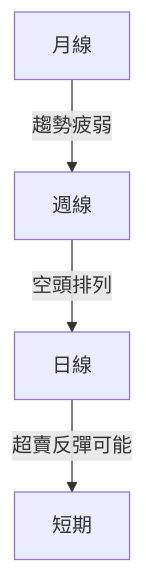
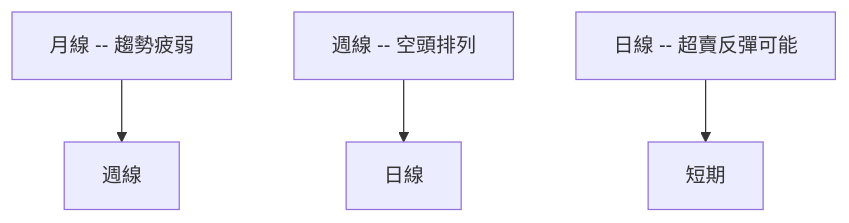
One commit to yennanliu/finance_data changed the second of 10 diagrams in ai_gen_report/stock/grab/technical_analysis_2026-03-29_openai.md. Above: the diagram before and after it, drawn with Mermaid. The commit also changed other lines of this file and 2258 other files, not shown here.

First line of the commit message:
chore: backfill Mermaid syntax repair across existing reports

````diff
--- a/ai_gen_report/stock/grab/technical_analysis_2026-03-29_openai.md
+++ b/ai_gen_report/stock/grab/technical_analysis_2026-03-29_openai.md
@@ -91,6 +91,6 @@
 ```mermaid
 graph TD
-    月線 -- 趨勢疲弱 --> 週線
-    週線 -- 空頭排列 --> 日線
-    日線 -- 超賣反彈可能 --> 短期
+    nb1["月線 -- 趨勢疲弱"] --> 週線
+    nb2["週線 -- 空頭排列"] --> 日線
+    nb3["日線 -- 超賣反彈可能"] --> 短期
 ```
````
